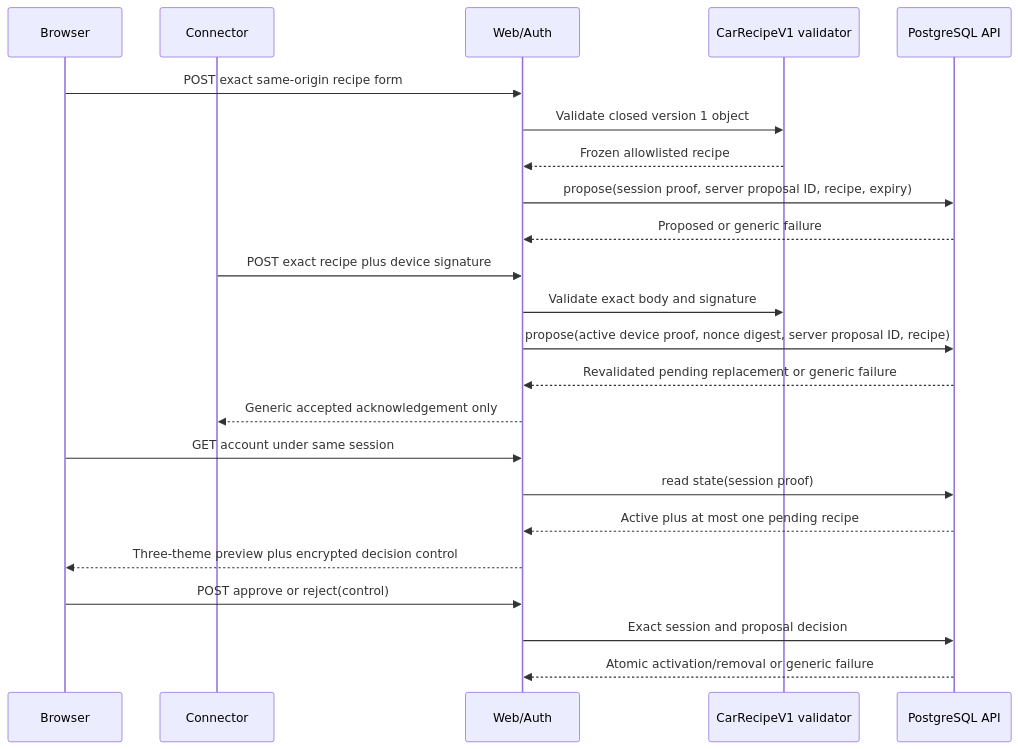
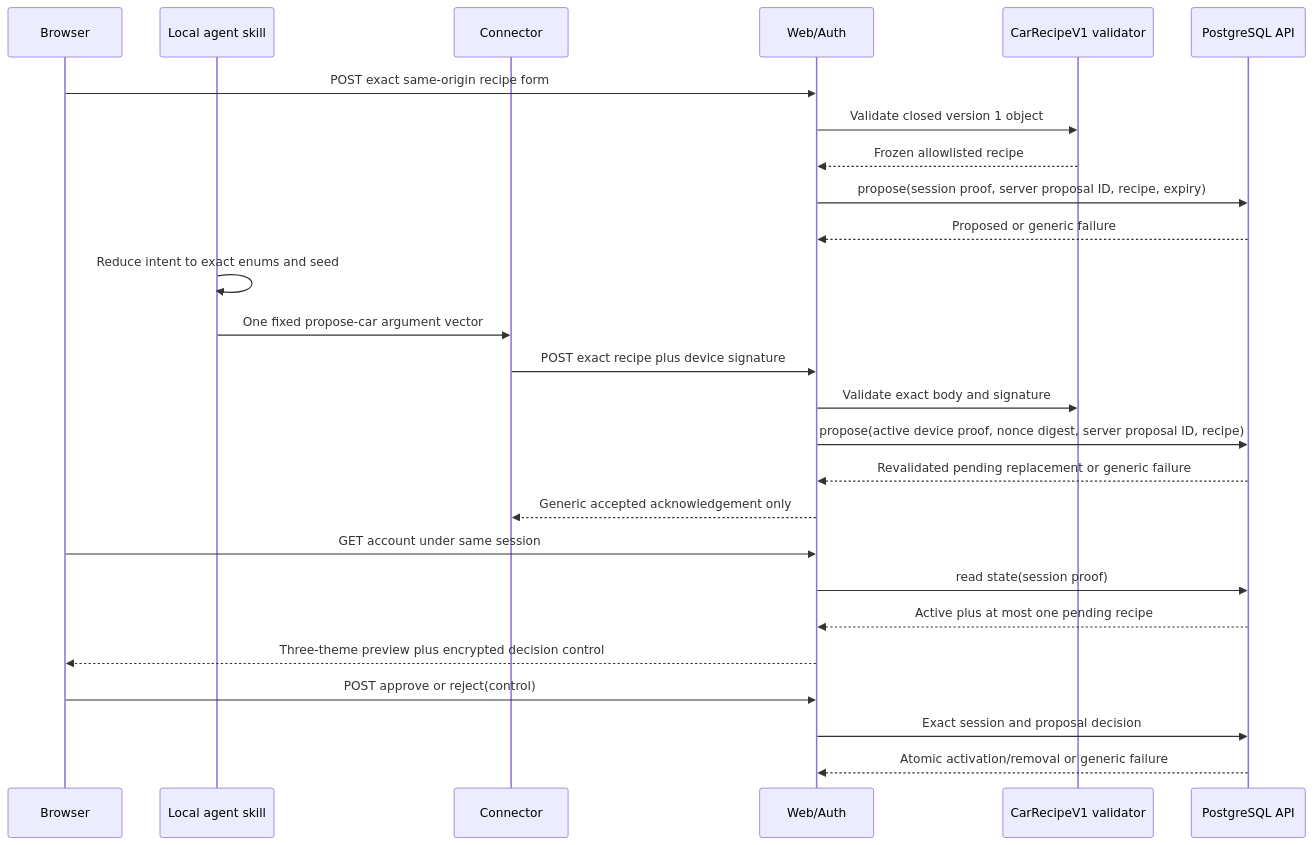
Before and after one commit to Tah10n/viberacing: the seventh of 10 diagrams in docs/architecture/DATA_FLOW.md, drawn with Mermaid. The commit also changed other lines of this file and 28 other files, not shown here.

Commit message:
feat: add bounded car proposal agent skill

````diff
--- a/docs/architecture/DATA_FLOW.md
+++ b/docs/architecture/DATA_FLOW.md
@@ -546,26 +548,29 @@
 ```mermaid
 sequenceDiagram
   participant Browser
+  participant Agent as Local agent skill
   participant Connector
   participant Web as Web/Auth
   participant Validator as CarRecipeV1 validator
   participant DB as PostgreSQL API
 
   Browser->>Web: POST exact same-origin recipe form
   Web->>Validator: Validate closed version 1 object
   Validator-->>Web: Frozen allowlisted recipe
   Web->>DB: propose(session proof, server proposal ID, recipe, expiry)
   DB-->>Web: Proposed or generic failure
+  Agent->>Agent: Reduce intent to exact enums and seed
+  Agent->>Connector: One fixed propose-car argument vector
   Connector->>Web: POST exact recipe plus device signature
   Web->>Validator: Validate exact body and signature
   Web->>DB: propose(active device proof, nonce digest, server proposal ID, recipe)
   DB-->>Web: Revalidated pending replacement or generic failure
   Web-->>Connector: Generic accepted acknowledgement only
   Browser->>Web: GET account under same session
   Web->>DB: read state(session proof)
   DB-->>Web: Active plus at most one pending recipe
   Web-->>Browser: Three-theme preview plus encrypted decision control
   Browser->>Web: POST approve or reject(control)
   Web->>DB: Exact session and proposal decision
   DB-->>Web: Atomic activation/removal or generic failure
 ```
````
